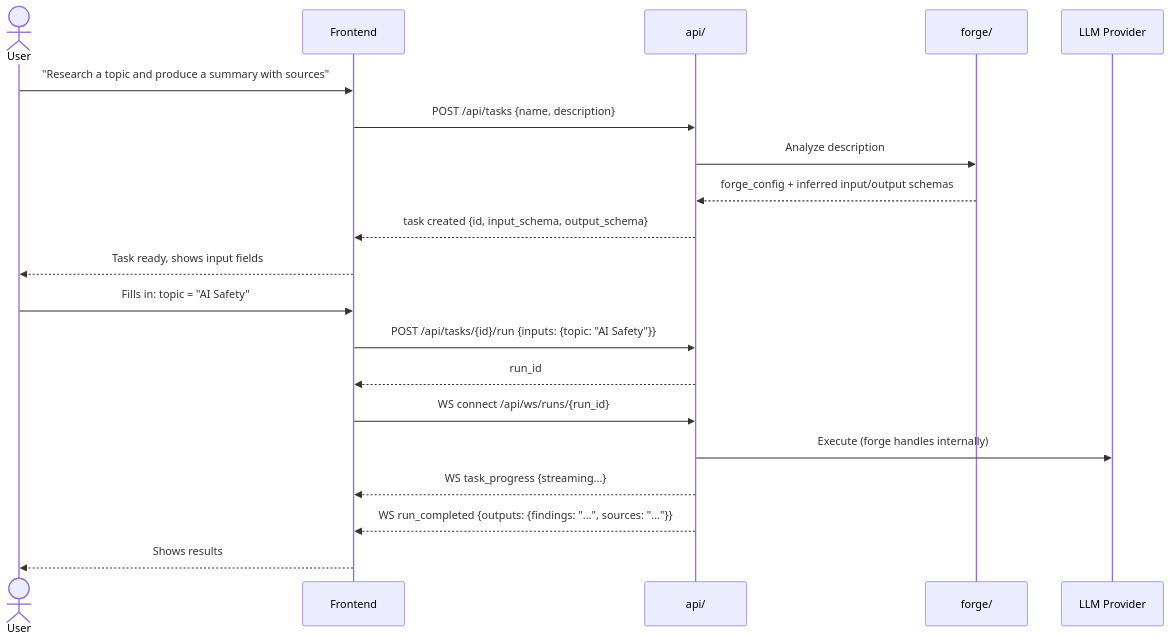
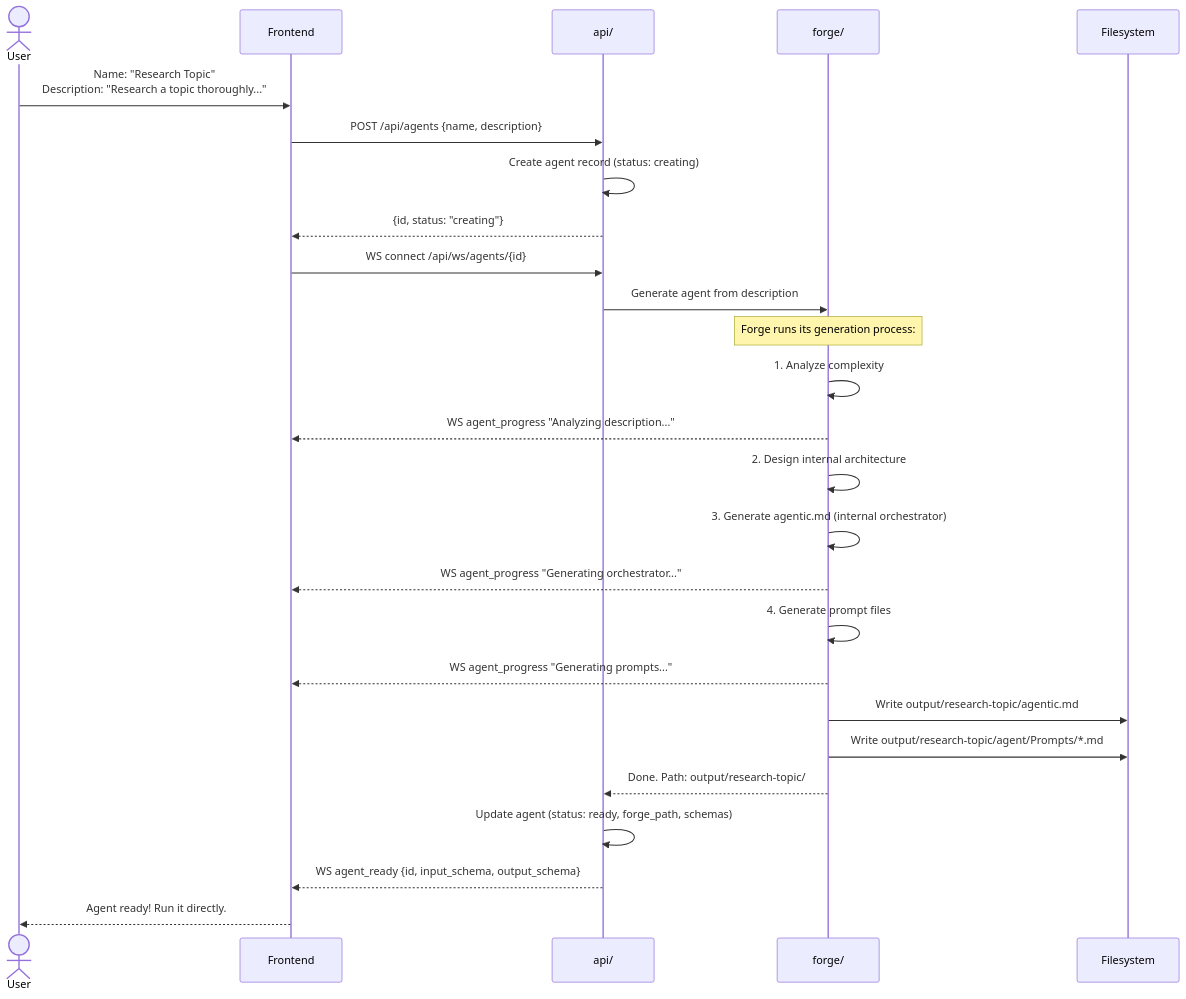
Before and after one commit to MONTBRAIN/vadgr: the seventh of 10 diagrams in api/docs/API_ARCHITECTURE.md, drawn with Mermaid. The commit also changed other lines of this file and 32 other files, not shown here.

First line of the commit message:
Add config-driven CLI provider layer, rename tasks to agents, add CI for api module

````diff
--- a/api/docs/API_ARCHITECTURE.md
+++ b/api/docs/API_ARCHITECTURE.md
@@ -561,27 +698,31 @@
 ```mermaid
 sequenceDiagram
     actor User
     participant FE as Frontend
     participant API as api/
     participant Forge as forge/
-    participant LLM as LLM Provider
+    participant FS as Filesystem
 
-    User->>FE: "Research a topic and produce a summary with sources"
-    FE->>API: POST /api/tasks {name, description}
+    User->>FE: Name: "Research Topic"<br/>Description: "Research a topic thoroughly..."
+    FE->>API: POST /api/agents {name, description}
+    API->>API: Create agent record (status: creating)
+    API-->>FE: {id, status: "creating"}
+    FE->>API: WS connect /api/ws/agents/{id}
 
-    API->>Forge: Analyze description
-    Forge-->>API: forge_config + inferred input/output schemas
+    API->>Forge: Generate agent from description
+    Note over Forge: Forge runs its generation process:
+    Forge->>Forge: 1. Analyze complexity
+    Forge-->>FE: WS agent_progress "Analyzing description..."
+    Forge->>Forge: 2. Design internal architecture
+    Forge->>Forge: 3. Generate agentic.md (internal orchestrator)
+    Forge-->>FE: WS agent_progress "Generating orchestrator..."
+    Forge->>Forge: 4. Generate prompt files
+    Forge-->>FE: WS agent_progress "Generating prompts..."
+    Forge->>FS: Write output/research-topic/agentic.md
+    Forge->>FS: Write output/research-topic/agent/Prompts/*.md
+    Forge-->>API: Done. Path: output/research-topic/
 
-    API-->>FE: task created {id, input_schema, output_schema}
-    FE-->>User: Task ready, shows input fields
-
-    User->>FE: Fills in: topic = "AI Safety"
-    FE->>API: POST /api/tasks/{id}/run {inputs: {topic: "AI Safety"}}
-    API-->>FE: run_id
-    FE->>API: WS connect /api/ws/runs/{run_id}
-
-    API->>LLM: Execute (forge handles internally)
-    API-->>FE: WS task_progress {streaming...}
-    API-->>FE: WS run_completed {outputs: {findings: "...", sources: "..."}}
-    FE-->>User: Shows results
+    API->>API: Update agent (status: ready, forge_path, schemas)
+    API-->>FE: WS agent_ready {id, input_schema, output_schema}
+    FE-->>User: Agent ready! Run it directly.
 ```
````
